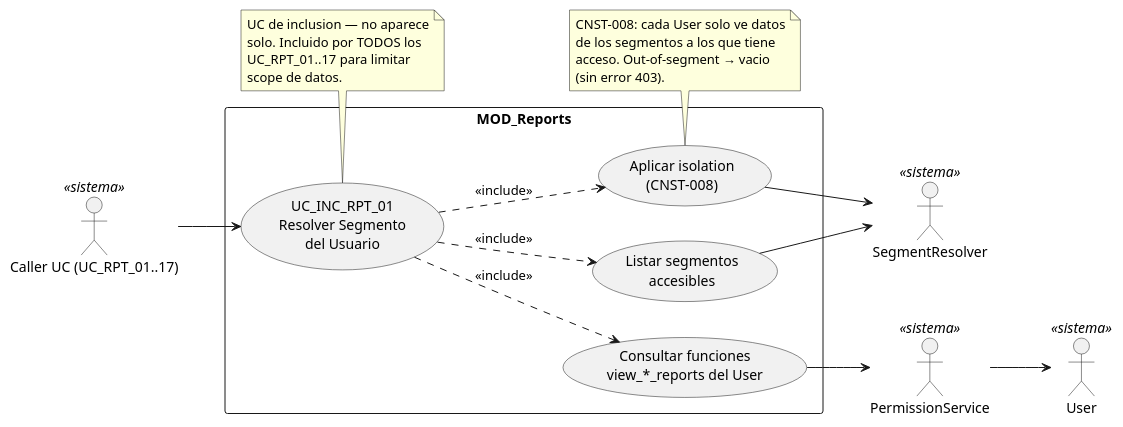
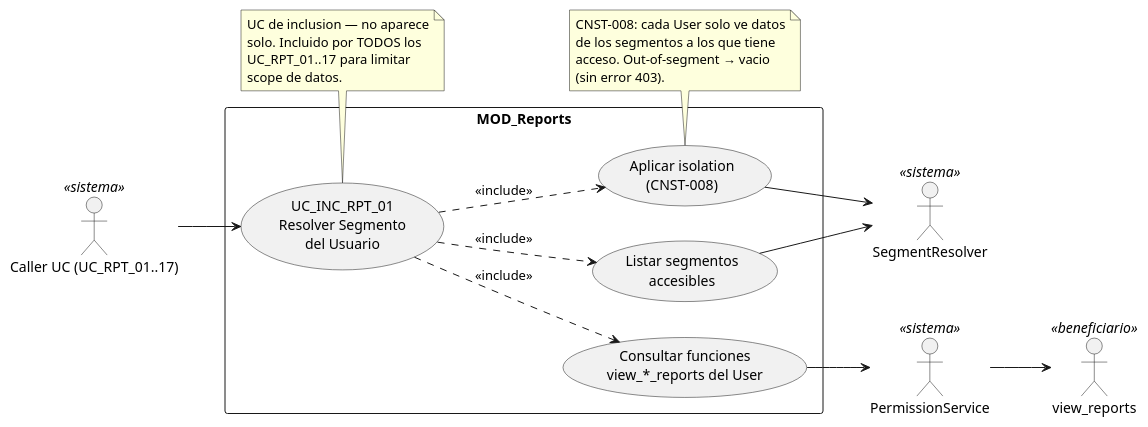
Before and after one commit to jcg-admin/IACT-docs: the diagram in source/arquitectura-tecnica/use-case-view/reports/uc-inc-rpt-01-resolver-segmento.rst, drawn with PlantUML.

Commit message:
Apply STD-010 Cat-D in reports/uc-inc-rpt-01
T-030: 'actor "User" as User <<sistema>>' (actor humano
generico) -> 'actor "view_reports" as view_reports
<<beneficiario>>' (codename + estereotipo apropiado).

Refs: T-030, STD-010 Cat-D, §4

```diff
--- a/source/arquitectura-tecnica/use-case-view/reports/uc-inc-rpt-01-resolver-segmento.rst
+++ b/source/arquitectura-tecnica/use-case-view/reports/uc-inc-rpt-01-resolver-segmento.rst
@@ -25,45 +25,45 @@
 .. uml::
  :caption: UC_INC_RPT_01 — UC de inclusion (segment resolver).
 
  @startuml
 
  left to right direction
 
  actor "Caller UC (UC_RPT_01..17)" as Caller_UC <<sistema>>
  actor "PermissionService" as PermissionService <<sistema>>
  actor "SegmentResolver" as SegmentResolver <<sistema>>
- actor "User" as User <<sistema>>
+ actor "view_reports" as view_reports <<beneficiario>>
 
  rectangle "MOD_Reports" {
    usecase "UC_INC_RPT_01\nResolver Segmento\ndel Usuario" as UC_INC_RPT_01
    usecase "Consultar funciones\nview_*_reports del User" as CONSULTAR
    usecase "Listar segmentos\naccesibles" as LISTAR
    usecase "Aplicar isolation\n(CNST-008)" as ISOLATION
  }
 
  Caller_UC --> UC_INC_RPT_01
 
  UC_INC_RPT_01 ..> CONSULTAR : <<include>>
  UC_INC_RPT_01 ..> LISTAR : <<include>>
  UC_INC_RPT_01 ..> ISOLATION : <<include>>
 
  CONSULTAR --> PermissionService
  LISTAR --> SegmentResolver
  ISOLATION --> SegmentResolver
- PermissionService --> User
+ PermissionService --> view_reports
 
  note bottom of UC_INC_RPT_01
    UC de inclusion — no aparece
    solo. Incluido por TODOS los
    UC_RPT_01..17 para limitar
    scope de datos.
  end note
 
  note bottom of ISOLATION
    CNST-008: cada User solo ve datos
    de los segmentos a los que tiene
    acceso. Out-of-segment → vacio
    (sin error 403).
  end note
 
  @enduml
```
